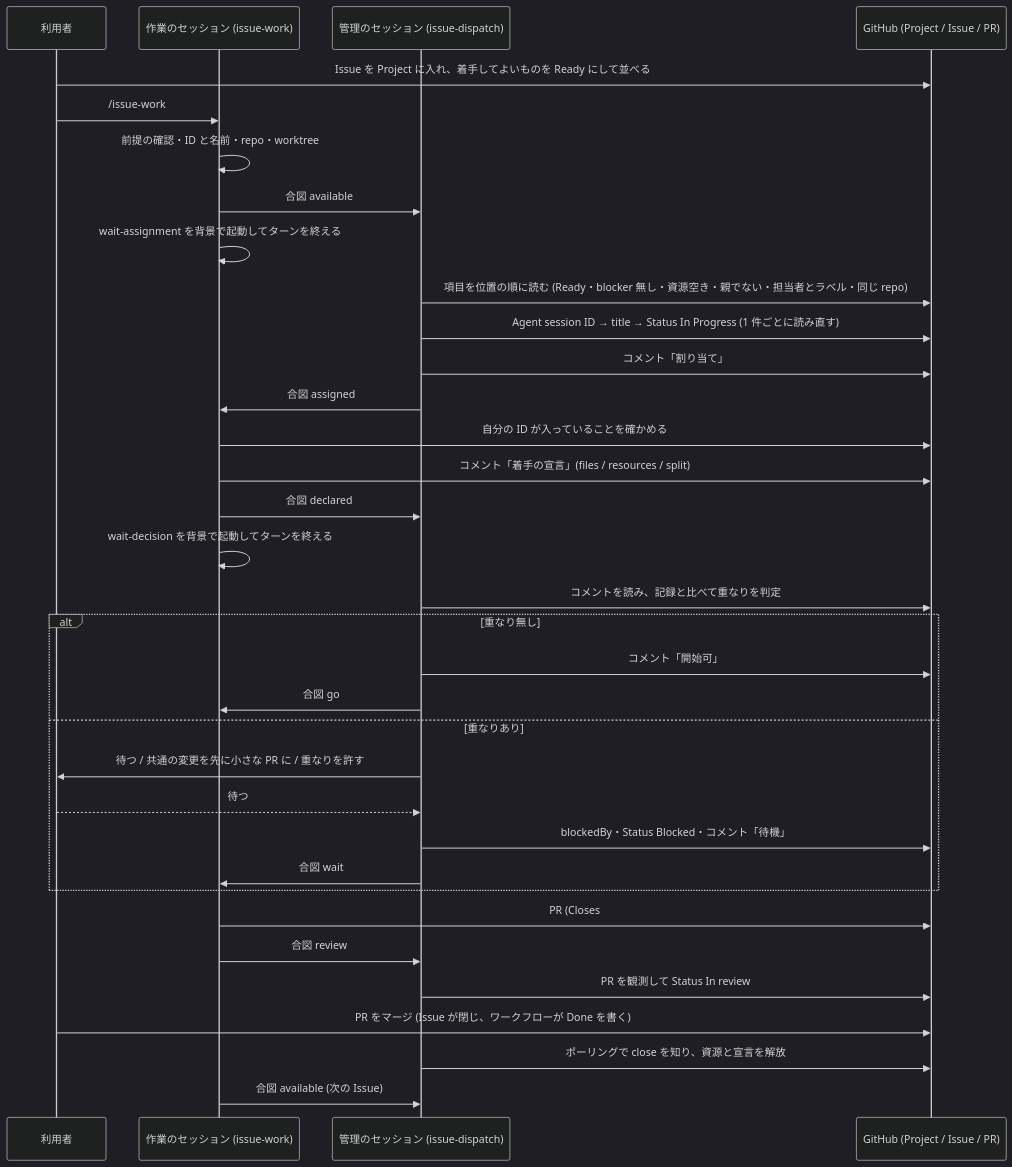
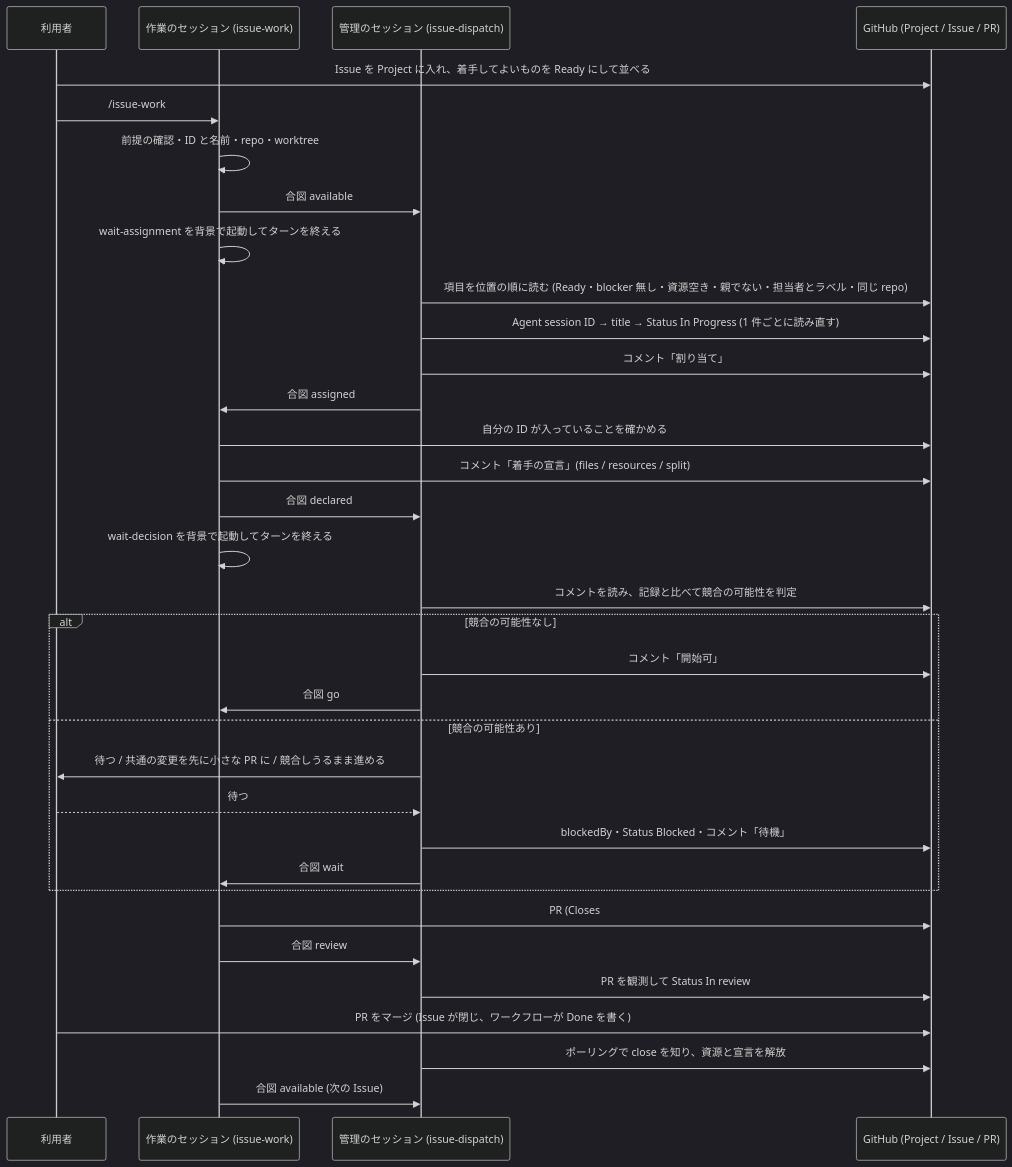
The first of 3 diagrams in docs/plans/2026-10-06-2025-feat-issue-dispatch-plan.md (akm/claude-plugins), drawn with Mermaid (dark theme) before and after one commit. The commit also changed other lines of this file, not shown here.

First line of the commit message:
📝 docs(plans): issue-dispatch の計画の「重なり」を、意図を表す「競合の可能性」に言い換える (#114)

````diff
--- a/docs/plans/2026-10-06-2025-feat-issue-dispatch-plan.md
+++ b/docs/plans/2026-10-06-2025-feat-issue-dispatch-plan.md
@@ -527,37 +528,37 @@
 ```mermaid
 sequenceDiagram
   participant U as 利用者
   participant W as 作業のセッション (issue-work)
   participant M as 管理のセッション (issue-dispatch)
   participant G as GitHub (Project / Issue / PR)
 
   U->>G: Issue を Project に入れ、着手してよいものを Ready にして並べる
   U->>W: /issue-work
   W->>W: 前提の確認・ID と名前・repo・worktree
   W->>M: 合図 available
   W->>W: wait-assignment を背景で起動してターンを終える
   M->>G: 項目を位置の順に読む (Ready・blocker 無し・資源空き・親でない・担当者とラベル・同じ repo)
   M->>G: Agent session ID → title → Status In Progress (1 件ごとに読み直す)
   M->>G: コメント「割り当て」
   M->>W: 合図 assigned
   W->>G: 自分の ID が入っていることを確かめる
   W->>G: コメント「着手の宣言」(files / resources / split)
   W->>M: 合図 declared
   W->>W: wait-decision を背景で起動してターンを終える
-  M->>G: コメントを読み、記録と比べて重なりを判定
-  alt 重なり無し
+  M->>G: コメントを読み、記録と比べて競合の可能性を判定
+  alt 競合の可能性なし
     M->>G: コメント「開始可」
     M->>W: 合図 go
-  else 重なりあり
-    M->>U: 待つ / 共通の変更を先に小さな PR に / 重なりを許す
+  else 競合の可能性あり
+    M->>U: 待つ / 共通の変更を先に小さな PR に / 競合しうるまま進める
     U-->>M: 待つ
     M->>G: blockedBy・Status Blocked・コメント「待機」
     M->>W: 合図 wait
   end
   W->>G: PR (Closes #N) を作り ready for review にする
   W->>M: 合図 review
   M->>G: PR を観測して Status In review
   U->>G: PR をマージ (Issue が閉じ、ワークフローが Done を書く)
   M->>G: ポーリングで close を知り、資源と宣言を解放
   W->>M: 合図 available (次の Issue)
 ```
````
